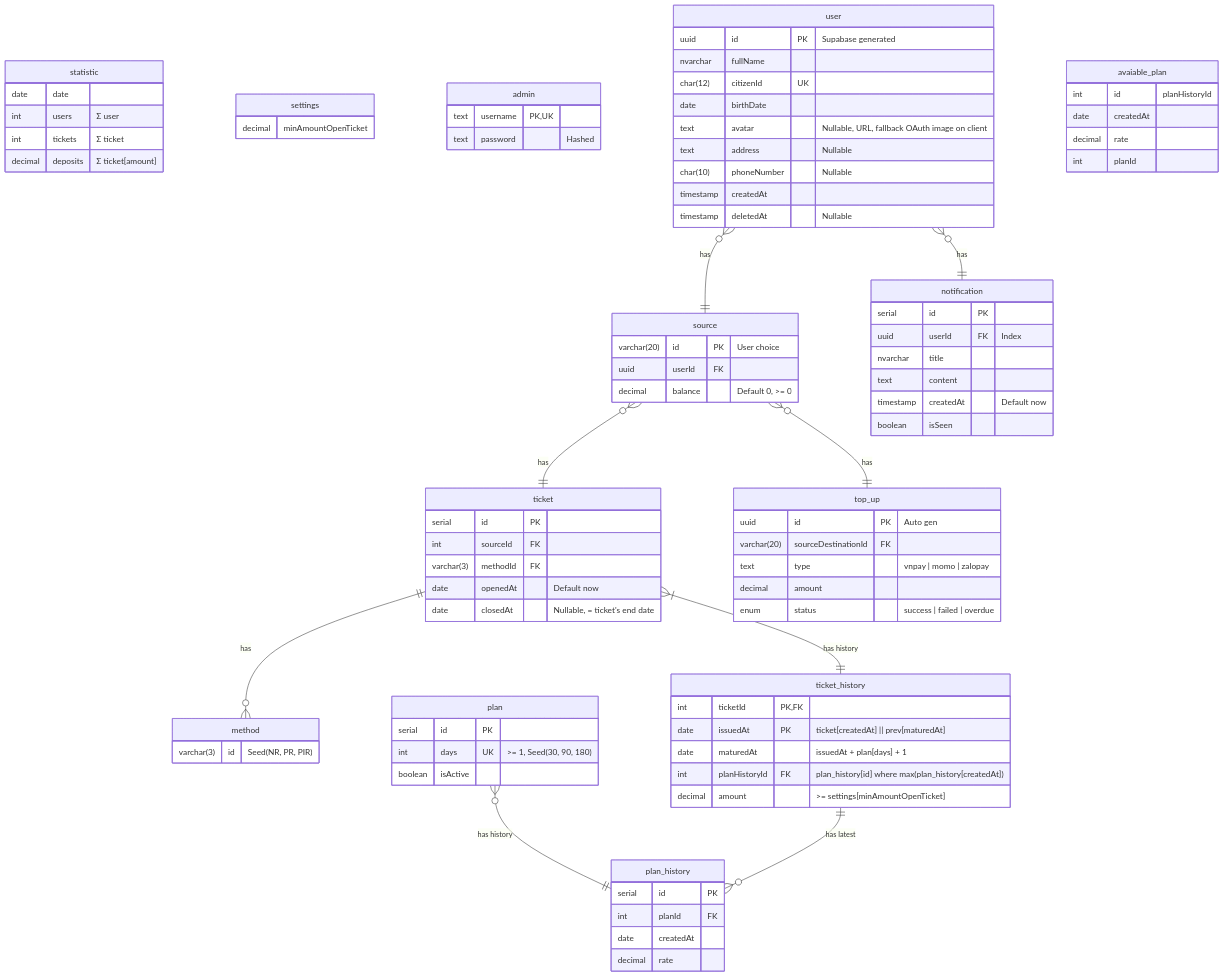
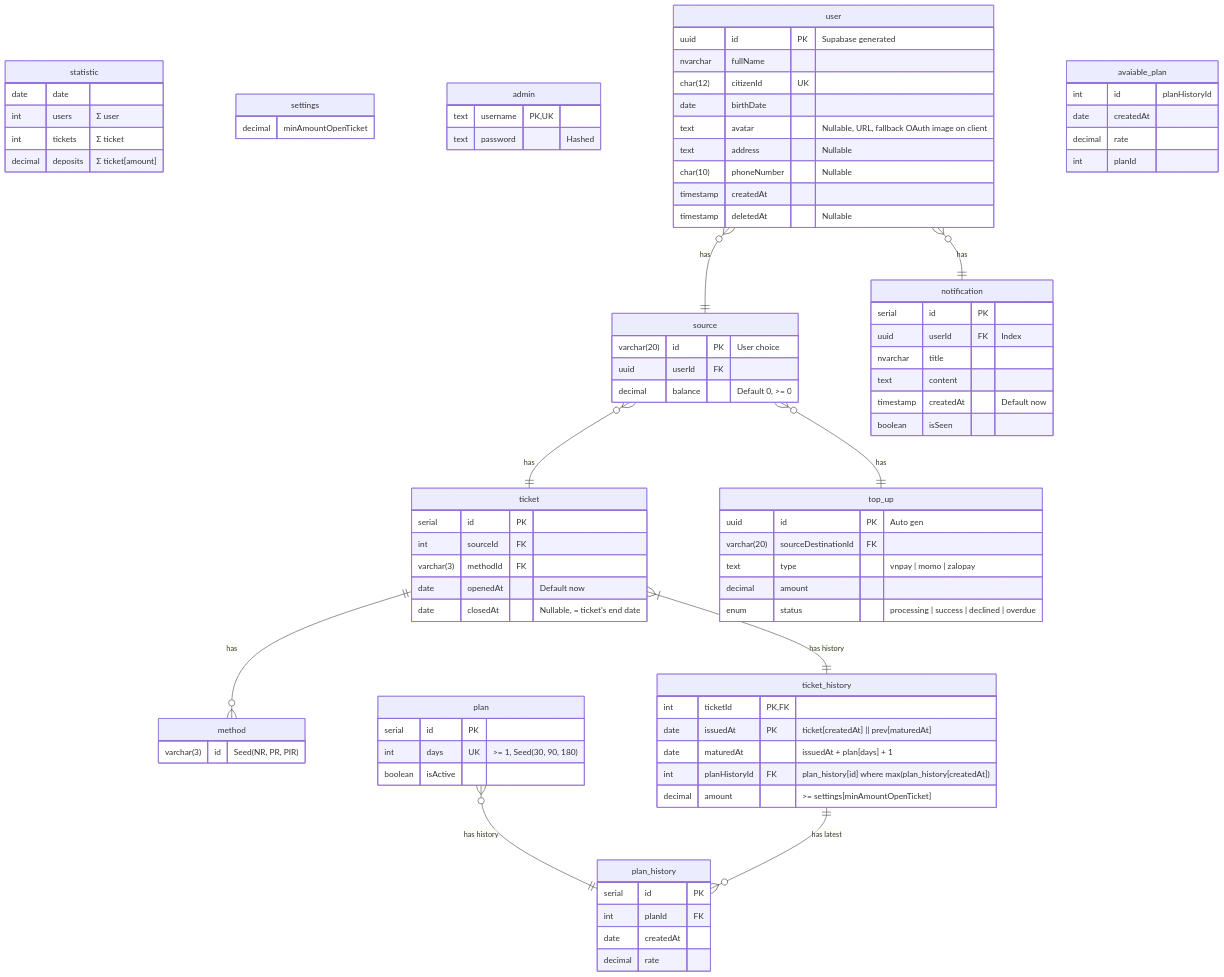
Before and after one commit to coinhub-uit/coinhub-uit.github.io: the diagram in docs/diagrams/database.md, drawn with Mermaid.

Commit message:
fix(db/top_up): status enum

```diff
--- a/docs/diagrams/database.md
+++ b/docs/diagrams/database.md
@@ -94,7 +94,7 @@
     varchar(20) sourceDestinationId FK
     text type "vnpay | momo | zalopay"
     decimal amount
-    enum status "success | failed | overdue"
+    enum status "processing | success | declined | overdue"
   }
 
   user }o--|| notification : "has"
```
